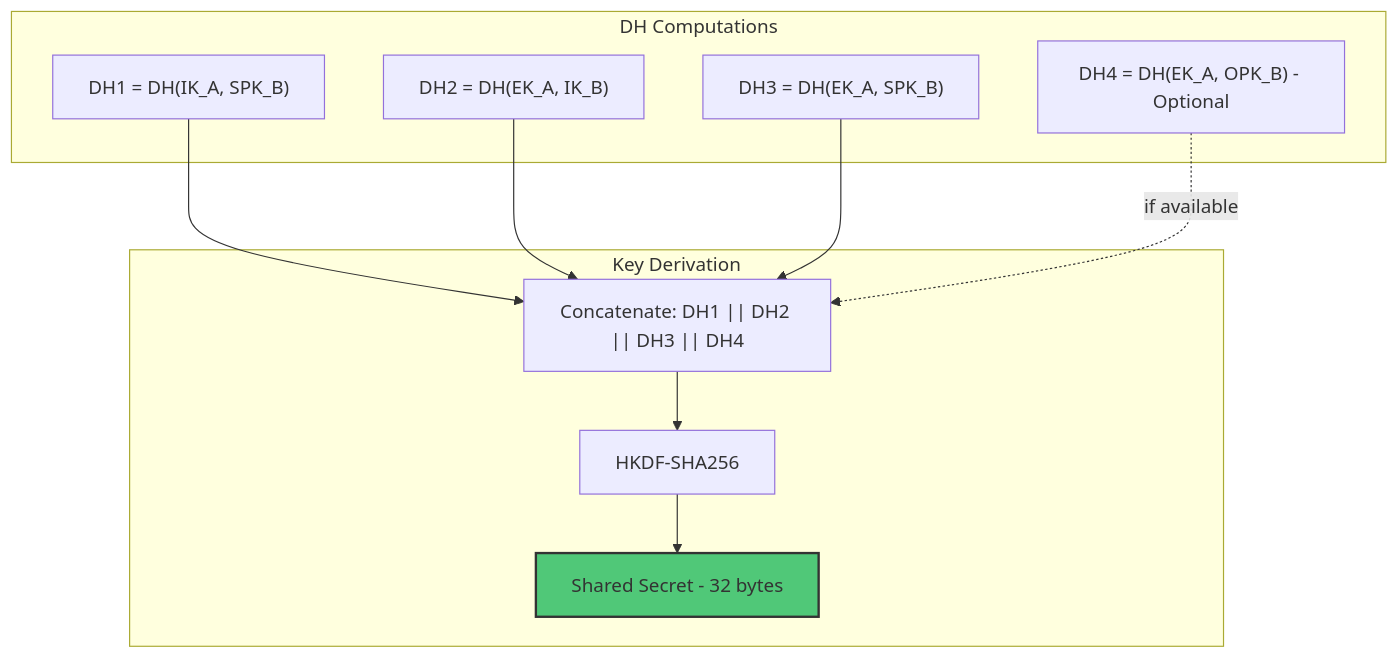
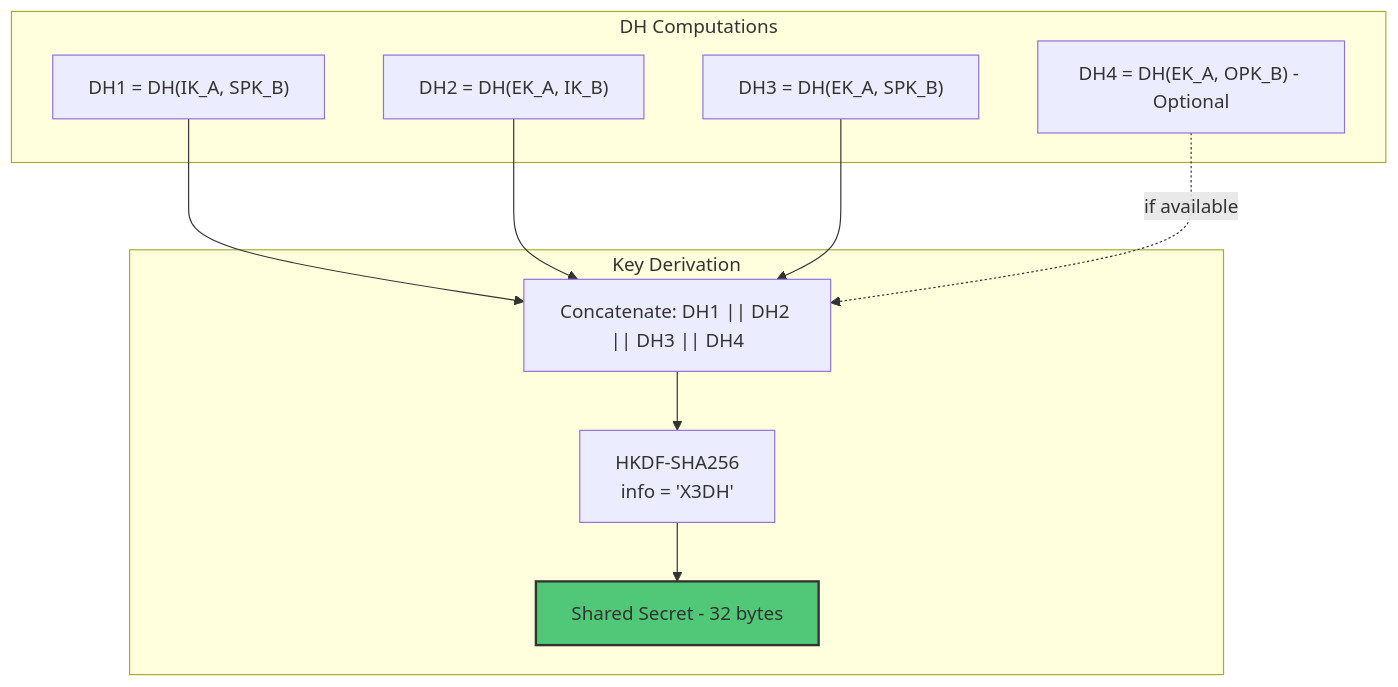
Before and after one commit to guardyn/guardyn: the fourth of 17 diagrams in docs/ENCRYPTION_ARCHITECTURE.md, drawn with Mermaid. The commit also changed other lines of this file and 1 other file, not shown here.

First line of the commit message:
feat: update HKDF info parameter for X3DH protocol

````diff
--- a/docs/ENCRYPTION_ARCHITECTURE.md
+++ b/docs/ENCRYPTION_ARCHITECTURE.md
@@ -173,24 +175,24 @@
 ```mermaid
 graph TD
     subgraph "DH Computations"
         DH1["DH1 = DH(IK_A, SPK_B)"]
         DH2["DH2 = DH(EK_A, IK_B)"]
         DH3["DH3 = DH(EK_A, SPK_B)"]
         DH4["DH4 = DH(EK_A, OPK_B) - Optional"]
     end
 
     subgraph "Key Derivation"
         Concat["Concatenate: DH1 || DH2 || DH3 || DH4"]
-        HKDF["HKDF-SHA256"]
+        HKDF["HKDF-SHA256<br/>info = 'X3DH'"]
         SK["Shared Secret - 32 bytes"]
     end
 
     DH1 --> Concat
     DH2 --> Concat
     DH3 --> Concat
     DH4 -.->|if available| Concat
     Concat --> HKDF
     HKDF --> SK
 
     style SK fill:#50C878,stroke:#333,stroke-width:2px
 ```
````
